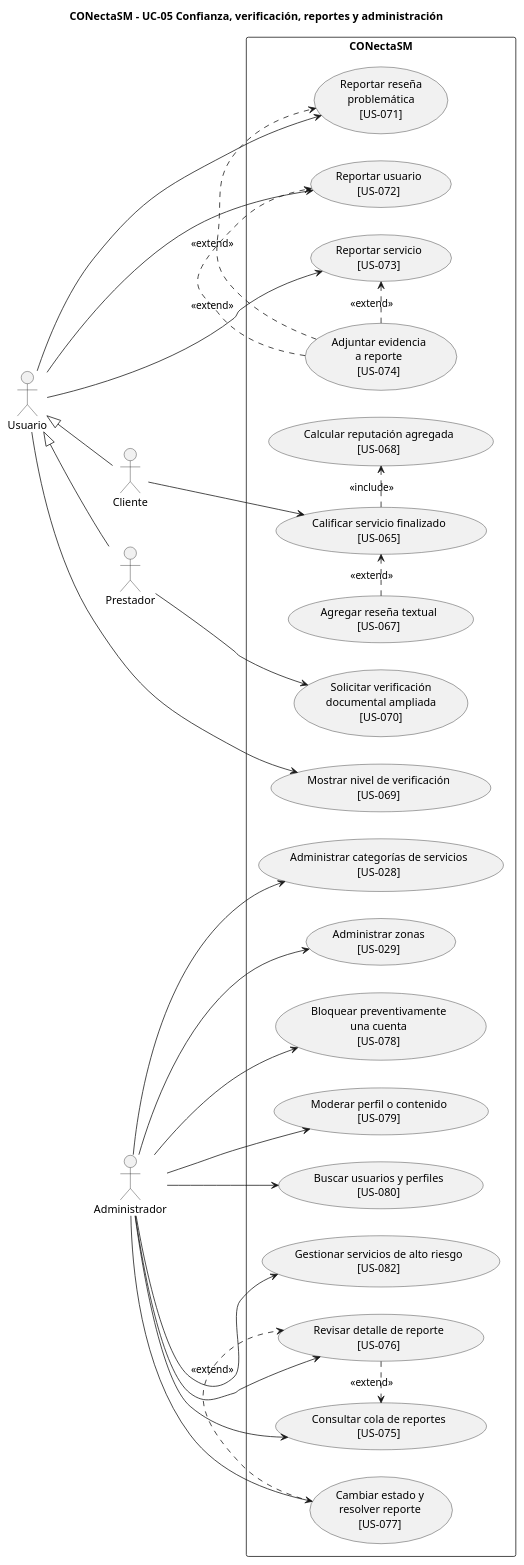
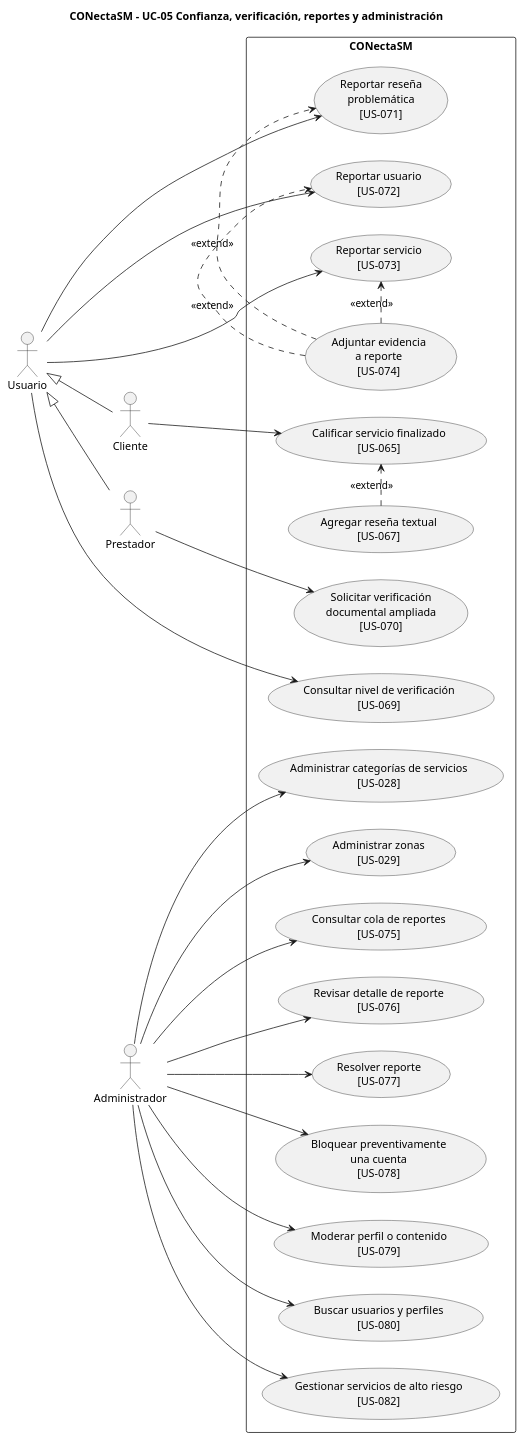
Before and after one commit to JsMartinez-dev/proyecto-diseno-ingenieria: the diagram in FASE-4-Prototipar/08-Casos-de-Uso/Caso-de-uso-5/05_confianza_moderacion_admin.puml, drawn with PlantUML. The commit also changed 13 other files, not shown here.

First line of the commit message:
Corrige los diagramas de casos de uso

```diff
--- a/FASE-4-Prototipar/08-Casos-de-Uso/Caso-de-uso-5/05_confianza_moderacion_admin.puml
+++ b/FASE-4-Prototipar/08-Casos-de-Uso/Caso-de-uso-5/05_confianza_moderacion_admin.puml
@@ -1,73 +1,69 @@
 @startuml
 title CONectaSM - UC-05 Confianza, verificación, reportes y administración
 left to right direction
 skinparam packageStyle rectangle
 skinparam shadowing false
 
 actor "Cliente" as Cliente
 actor "Prestador" as Prestador
 actor "Administrador" as Admin
 actor "Usuario" as Usuario
 
 Usuario <|-- Cliente
 Usuario <|-- Prestador
 
 rectangle "CONectaSM" {
 
 
   usecase "Calificar servicio finalizado\n[US-065]" as UC059
   usecase "Agregar reseña textual\n[US-067]" as UC060
-  usecase "Calcular reputación agregada\n[US-068]" as UC061
-  usecase "Mostrar nivel de verificación\n[US-069]" as UC062
+  usecase "Consultar nivel de verificación\n[US-069]" as UC062
   usecase "Solicitar verificación\ndocumental ampliada\n[US-070]" as UC063
   usecase "Reportar reseña\nproblemática\n[US-071]" as UC064
 
 
   usecase "Reportar usuario\n[US-072]" as UC065
   usecase "Reportar servicio\n[US-073]" as UC066
   usecase "Adjuntar evidencia\na reporte\n[US-074]" as UC067
 
 
   usecase "Administrar categorías de servicios\n[US-028]" as UC068
   usecase "Administrar zonas\n[US-029]" as UC069
   usecase "Consultar cola de reportes\n[US-075]" as UC070
   usecase "Revisar detalle de reporte\n[US-076]" as UC071
-  usecase "Cambiar estado y\nresolver reporte\n[US-077]" as UC072
+  usecase "Resolver reporte\n[US-077]" as UC072
   usecase "Bloquear preventivamente\nuna cuenta\n[US-078]" as UC073
   usecase "Moderar perfil o contenido\n[US-079]" as UC074
   usecase "Buscar usuarios y perfiles\n[US-080]" as UC075
   usecase "Gestionar servicios de alto riesgo\n[US-082]" as UC076
 }
 
 
 Cliente --> UC059
 
 Prestador --> UC063
 
 Usuario --> UC062
 Usuario --> UC064
 Usuario --> UC065
 Usuario --> UC066
 
 Admin --> UC068
 Admin --> UC069
 Admin --> UC070
 Admin --> UC071
 Admin --> UC072
 Admin --> UC073
 Admin --> UC074
 Admin --> UC075
 Admin --> UC076
 
 
 UC060 .> UC059 : <<extend>>
-UC059 .> UC061 : <<include>>
 
 UC067 .> UC064 : <<extend>>
 UC067 .> UC065 : <<extend>>
 UC067 .> UC066 : <<extend>>
 
-UC071 .> UC070 : <<extend>>
-UC072 .> UC071 : <<extend>>
 
 @enduml
```
